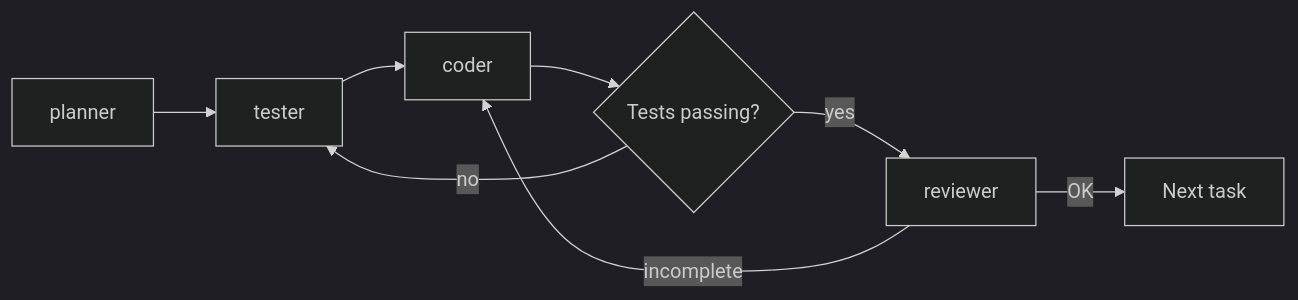
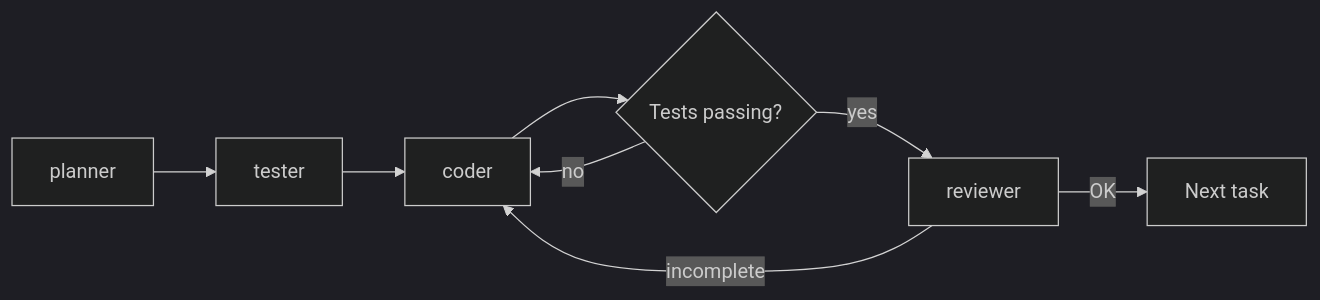
One commit to Maleckidd/ai-starter changed the diagram in CLAUDE.md. Above: the diagram before and after it, drawn with Mermaid (dark theme). The commit also changed other lines of this file and 4 other files, not shown here.

````diff
--- a/CLAUDE.md
+++ b/CLAUDE.md
@@ -56,10 +56,10 @@
 ```mermaid
 flowchart LR
     P[planner] --> T[tester]
     T --> C[coder]
     C --> Q{Tests passing?}
-    Q -- no --> T
+    Q -- no --> C
     Q -- yes --> R[reviewer]
     R -- OK --> N[Next task]
     R -- incomplete --> C
 ```
````
